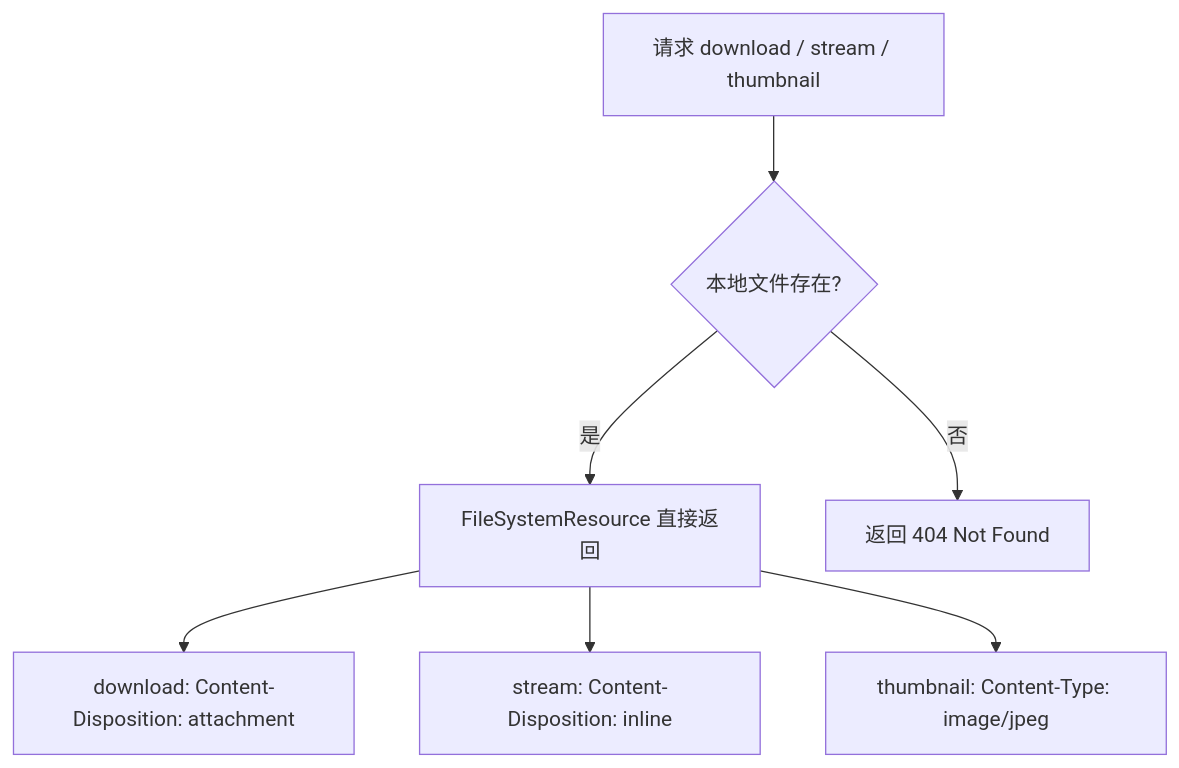
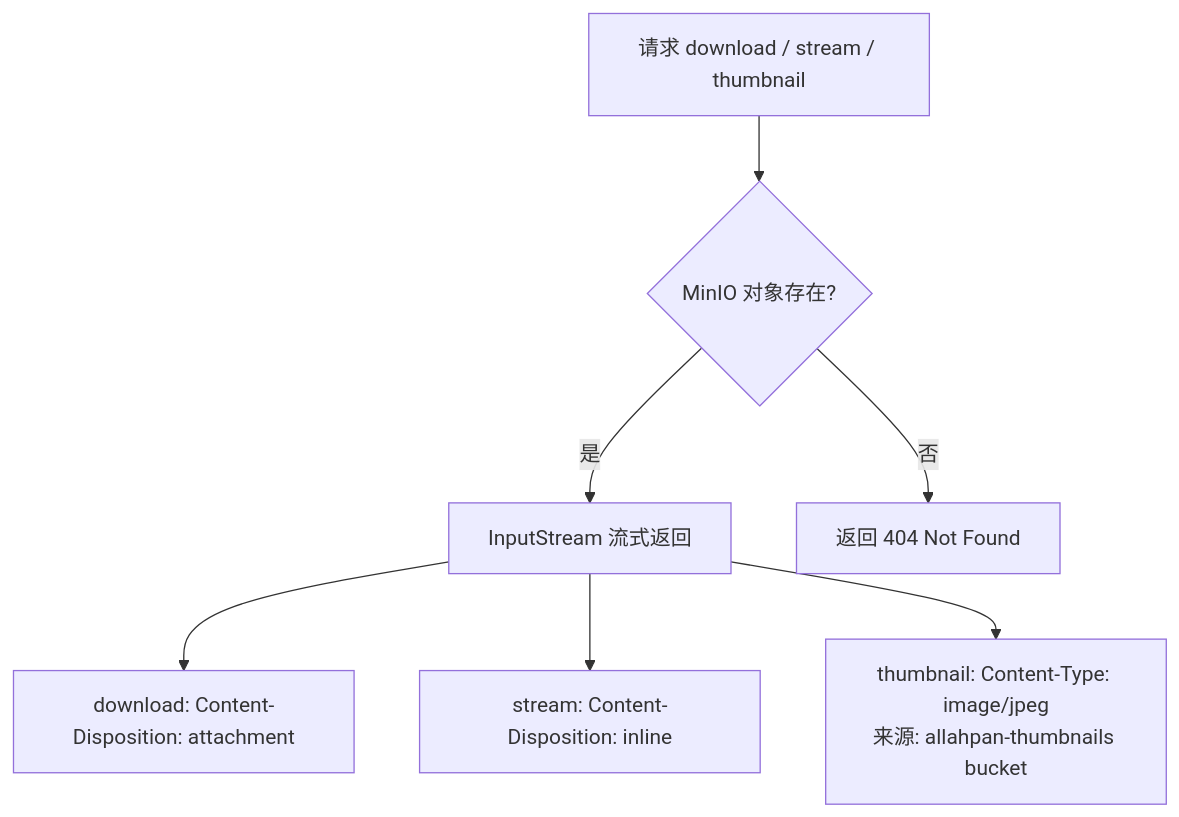
The seventh of 10 diagrams in docs/architecture/04-file-operations.md (AfterMaxQ/AllahPan), drawn with Mermaid before and after one commit. The commit also changed other lines of this file and 24 other files, not shown here.

````diff
--- a/docs/architecture/04-file-operations.md
+++ b/docs/architecture/04-file-operations.md
@@ -150,9 +147,9 @@
 ```mermaid
 flowchart TD
-    A["请求 download / stream / thumbnail"] --> B{"本地文件存在?"}
-    B -->|"是"| C["FileSystemResource 直接返回"]
+    A["请求 download / stream / thumbnail"] --> B{"MinIO 对象存在?"}
+    B -->|"是"| C["InputStream 流式返回"]
     C --> D["download: Content-Disposition: attachment"]
     C --> E["stream: Content-Disposition: inline"]
-    C --> F["thumbnail: Content-Type: image/jpeg"]
+    C --> F["thumbnail: Content-Type: image/jpeg<br/>来源: allahpan-thumbnails bucket"]
     B -->|"否"| G["返回 404 Not Found"]
 ```
````
